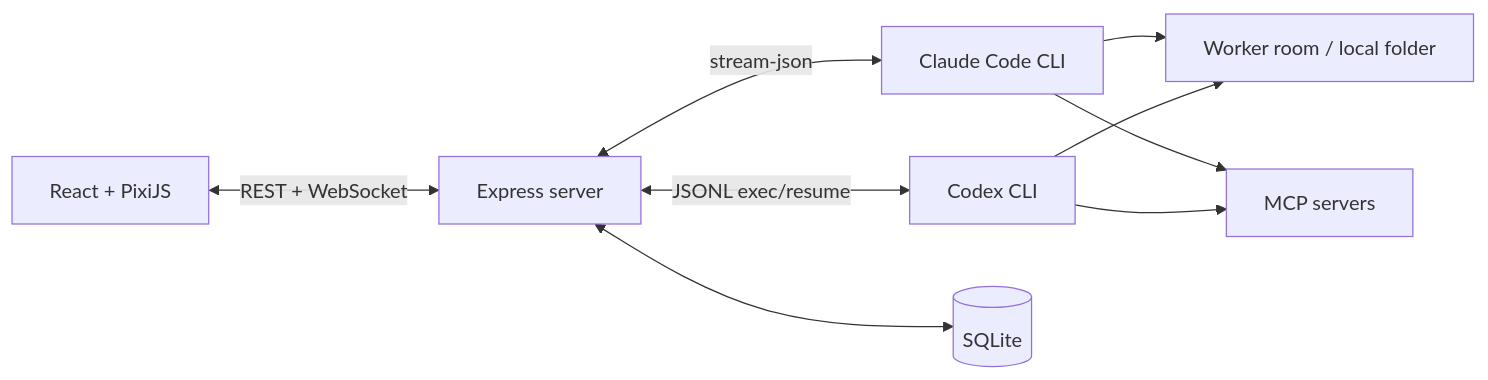
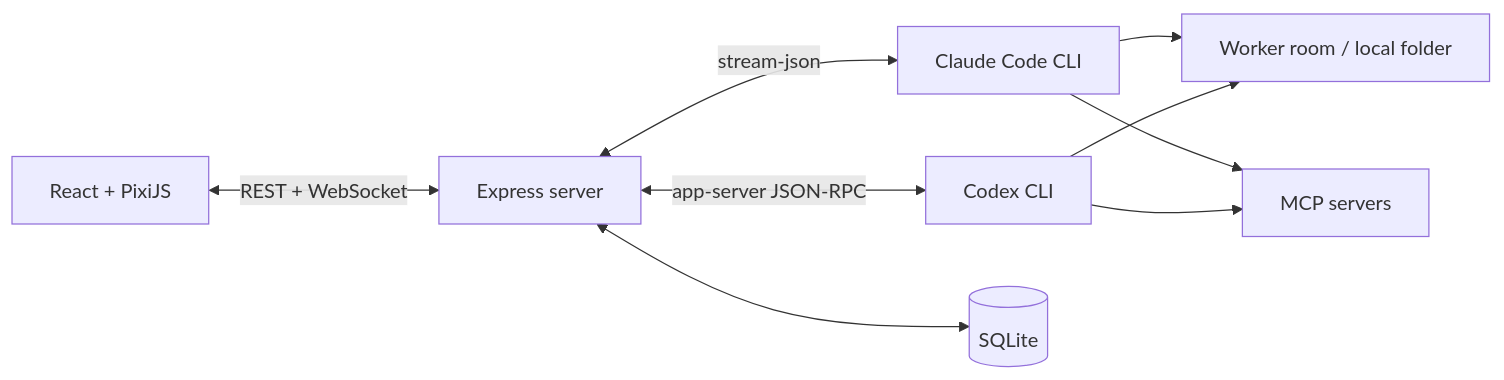
One commit to juinwei7/Pixel-Crew changed the diagram in README.md. Above: the diagram before and after it, drawn with Mermaid. The commit also changed other lines of this file and 44 other files, not shown here.

````diff
--- a/README.md
+++ b/README.md
@@ -29,11 +30,11 @@
 ```mermaid
 flowchart LR
     UI[React + PixiJS] <-->|REST + WebSocket| Server[Express server]
     Server <-->|stream-json| Claude[Claude Code CLI]
-    Server <-->|JSONL exec/resume| Codex[Codex CLI]
+    Server <-->|app-server JSON-RPC| Codex[Codex CLI]
     Server <--> DB[(SQLite)]
     Claude --> Rooms[Worker room / local folder]
     Codex --> Rooms
     Claude --> MCP[MCP servers]
     Codex --> MCP
 ```
````
